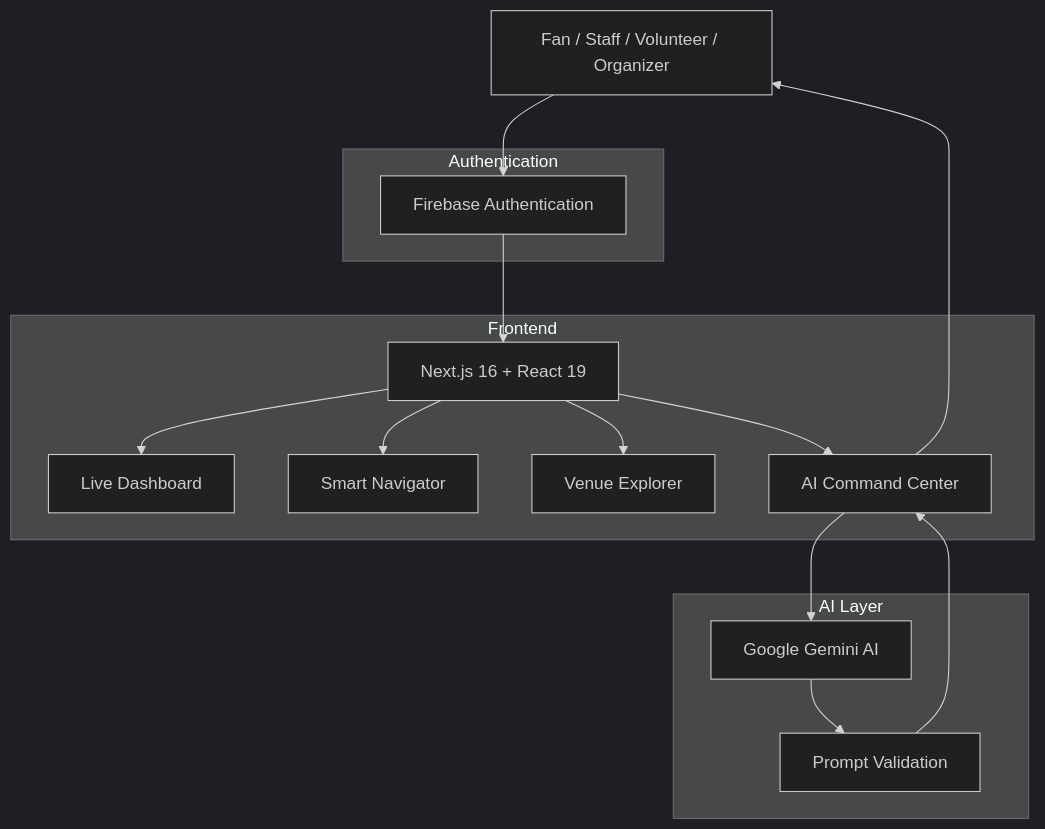
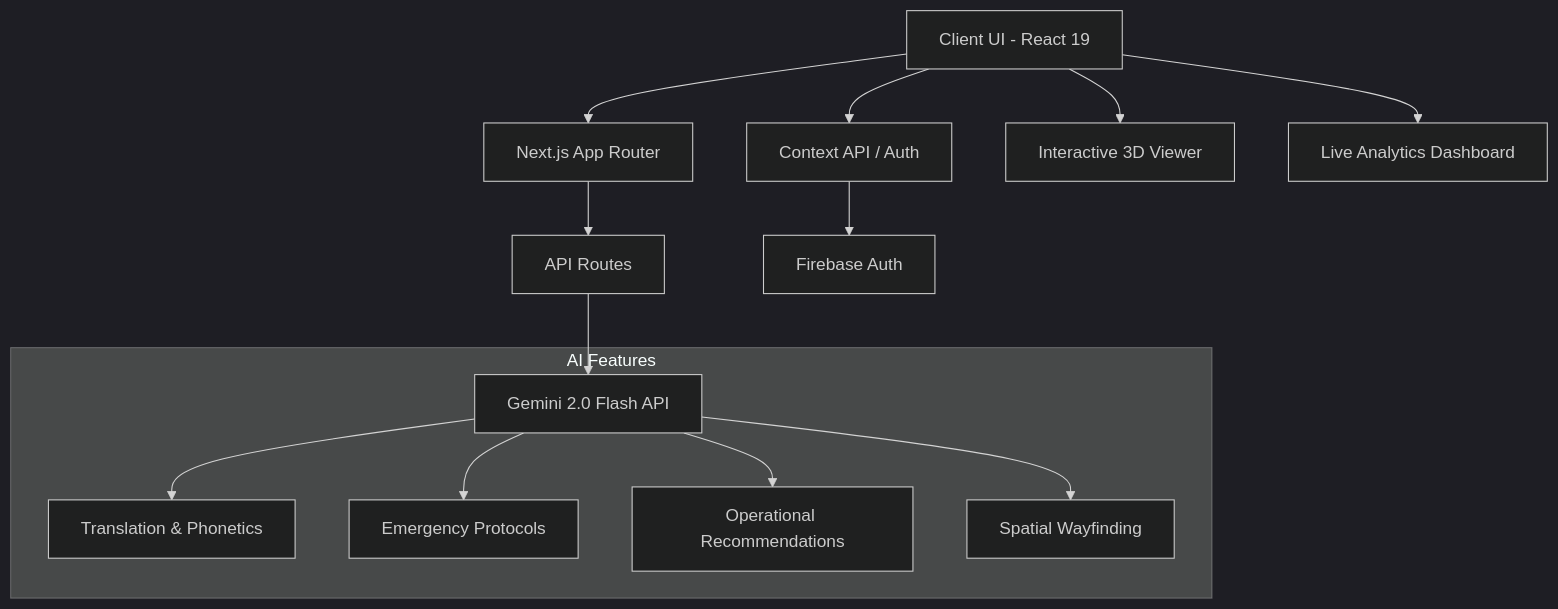
Before and after one commit to ShreyashChaugule-github/FIFA-2026: the diagram in README.md, drawn with Mermaid (dark theme). The commit also changed other lines of this file and 27 other files, not shown here.

````diff
--- a/README.md
+++ b/README.md
@@ -61,36 +26,20 @@
 ```mermaid
 graph TD
-
-    User[Fan / Staff / Volunteer / Organizer]
-
-    subgraph Frontend
-        UI[Next.js 16 + React 19]
-        Dashboard[Live Dashboard]
-        Navigator[Smart Navigator]
-        Explorer[Venue Explorer]
-        AIUI[AI Command Center]
+    A[Client UI - React 19] --> B[Next.js App Router]
+    A --> C[Context API / Auth]
+    
+    B --> D[API Routes]
+    D --> E[Gemini 2.0 Flash API]
+    
+    C --> F[Firebase Auth]
+    
+    A --> G[Interactive 3D Viewer]
+    A --> H[Live Analytics Dashboard]
+    
+    subgraph AI Features
+    E --> I[Translation & Phonetics]
+    E --> J[Emergency Protocols]
+    E --> K[Operational Recommendations]
+    E --> L[Spatial Wayfinding]
     end
-
-    subgraph Authentication
-        Firebase[Firebase Authentication]
-    end
-
-    subgraph AI Layer
-        Gemini[Google Gemini AI]
-        Prompt[Prompt Validation]
-    end
-
-    User --> Firebase
-    Firebase --> UI
-
-    UI --> Dashboard
-    UI --> Navigator
-    UI --> Explorer
-    UI --> AIUI
-
-    AIUI --> Gemini
-    Gemini --> Prompt
-    Prompt --> AIUI
-
-    AIUI --> User
 ```
````
